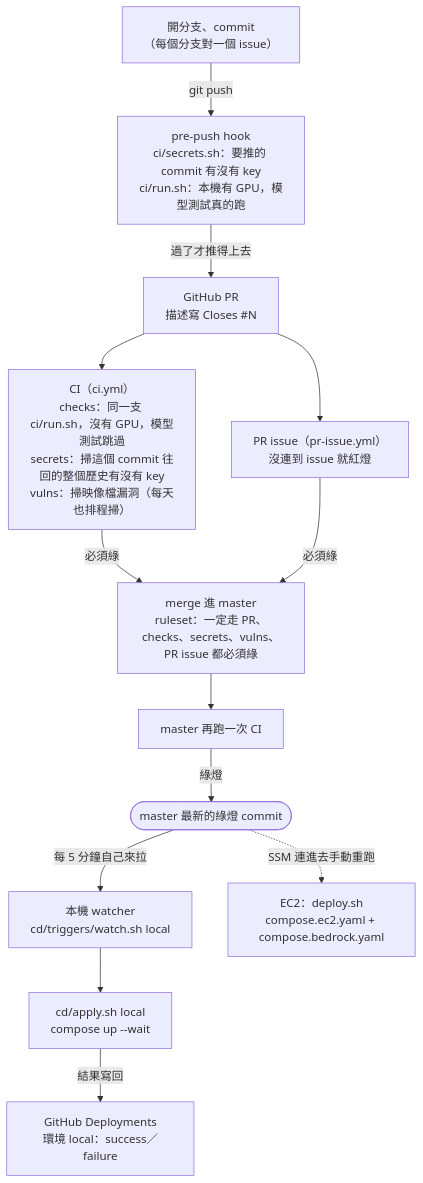
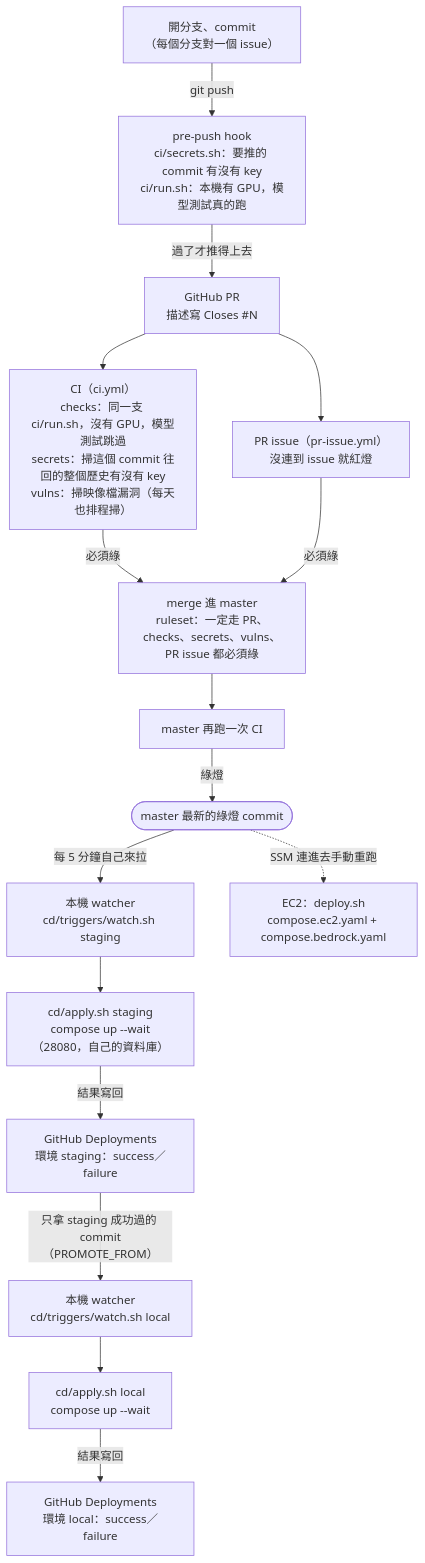
Before and after one commit to Anderson-chen/talkcal: the fifth of 5 diagrams in docs/architecture.md, drawn with Mermaid. The commit also changed other lines of this file and 3 other files, not shown here.

````diff
--- a/docs/architecture.md
+++ b/docs/architecture.md
@@ -94,15 +95,18 @@
 ```mermaid
 flowchart TB
     dev["開分支、commit<br/>（每個分支對一個 issue）"] -->|"git push"| hook["pre-push hook<br/>ci/secrets.sh：要推的 commit 有沒有 key<br/>ci/run.sh：本機有 GPU，模型測試真的跑"]
     hook -->|"過了才推得上去"| pr["GitHub PR<br/>描述寫 Closes #N"]
     pr --> ci["CI（ci.yml）<br/>checks：同一支 ci/run.sh，沒有 GPU，模型測試跳過<br/>secrets：掃這個 commit 往回的整個歷史有沒有 key<br/>vulns：掃映像檔漏洞（每天也排程掃）"]
     pr --> prissue["PR issue（pr-issue.yml）<br/>沒連到 issue 就紅燈"]
     ci -->|"必須綠"| merge["merge 進 master<br/>ruleset：一定走 PR、checks、secrets、vulns、PR issue 都必須綠"]
     prissue -->|"必須綠"| merge
     merge --> masterci["master 再跑一次 CI"]
     masterci -->|"綠燈"| green(["master 最新的綠燈 commit"])
-    green -->|"每 5 分鐘自己來拉"| watch["本機 watcher<br/>cd/triggers/watch.sh local"]
+    green -->|"每 5 分鐘自己來拉"| watchs["本機 watcher<br/>cd/triggers/watch.sh staging"]
+    watchs --> applys["cd/apply.sh staging<br/>compose up --wait（28080，自己的資料庫）"]
+    applys -->|"結果寫回"| deps["GitHub Deployments<br/>環境 staging：success／failure"]
+    deps -->|"只拿 staging 成功過的 commit<br/>（PROMOTE_FROM）"| watch["本機 watcher<br/>cd/triggers/watch.sh local"]
     watch --> applyl["cd/apply.sh local<br/>compose up --wait"]
     applyl -->|"結果寫回"| deployments["GitHub Deployments<br/>環境 local：success／failure"]
     green -.->|"SSM 連進去手動重跑"| ec2["EC2：deploy.sh<br/>compose.ec2.yaml + compose.bedrock.yaml"]
 ```
````
